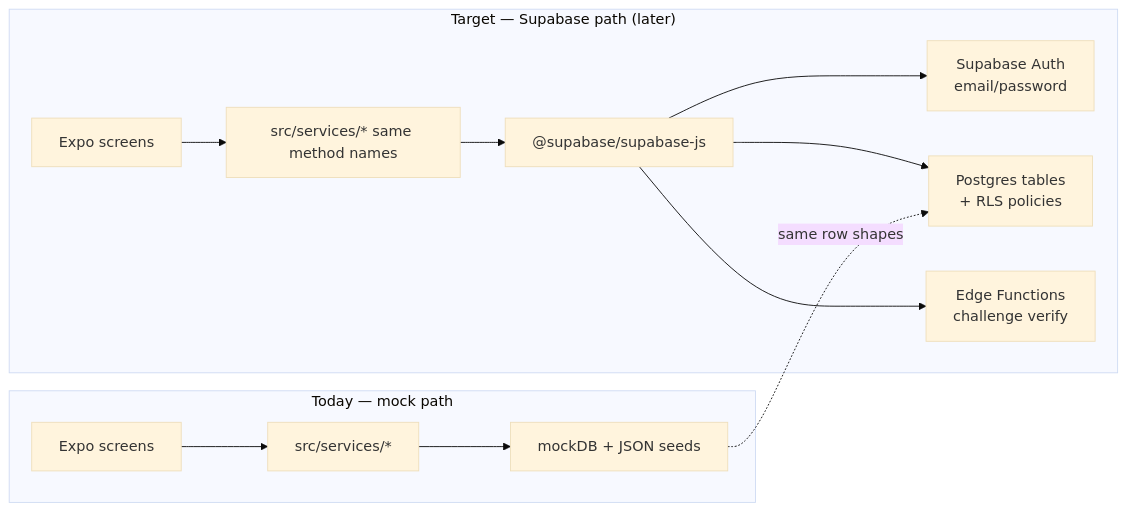
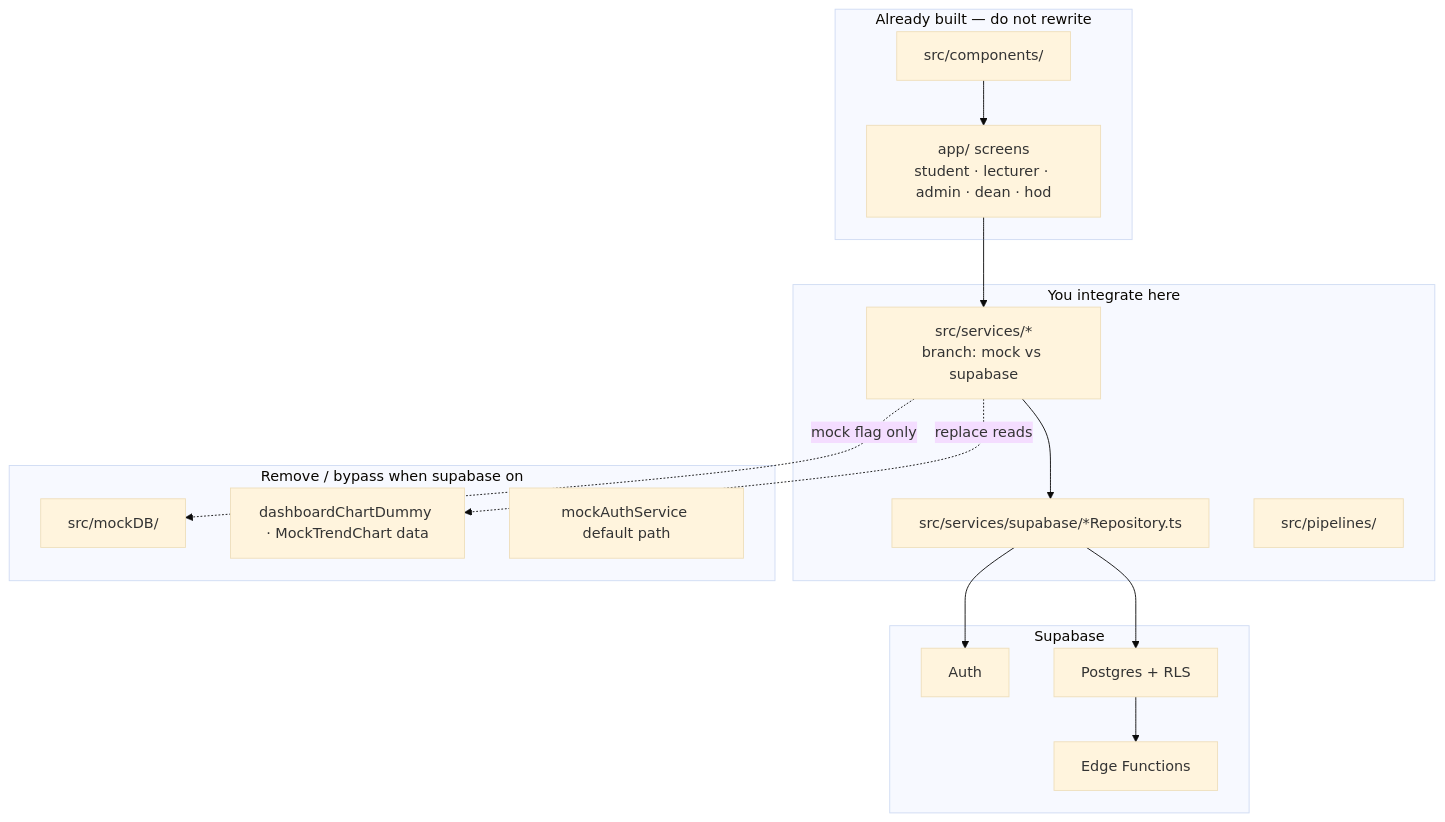
Before and after one commit to answer-mthombe/STARS_LITE: the first of 2 diagrams in SUPABASE_INTEGRATION.md, drawn with Mermaid (base theme). The commit also changed other lines of this file and 7 other files, not shown here.

````diff
--- a/SUPABASE_INTEGRATION.md
+++ b/SUPABASE_INTEGRATION.md
@@ -28,17 +31,34 @@
 ```mermaid
-flowchart LR
-  subgraph today["Today — mock path"]
-    UI1["Expo screens"] --> SVC1["src/services/*"]
-    SVC1 --> MDB["mockDB + JSON seeds"]
+flowchart TB
+  subgraph ui["Already built — do not rewrite"]
+    APP["app/ screens\nstudent · lecturer · admin · dean · hod"]
+    COMP["src/components/"]
   end
 
-  subgraph target["Target — Supabase path (later)"]
-    UI2["Expo screens"] --> SVC2["src/services/* same method names"]
-    SVC2 --> SB["@supabase/supabase-js"]
-    SB --> AUTH["Supabase Auth\nemail/password"]
-    SB --> PG["Postgres tables\n+ RLS policies"]
-    SB --> EDGE["Edge Functions\nchallenge verify"]
+  subgraph integrate["You integrate here"]
+    SVC["src/services/*\nbranch: mock vs supabase"]
+    REPO["src/services/supabase/*Repository.ts"]
+    PIPE["src/pipelines/"]
   end
 
-  MDB -.->|"same row shapes"| PG
+  subgraph remove["Remove / bypass when supabase on"]
+    MDB["src/mockDB/"]
+    DUM["dashboardChartDummy · MockTrendChart data"]
+    MAUTH["mockAuthService default path"]
+  end
+
+  subgraph live["Supabase"]
+    AUTH["Auth"]
+    PG["Postgres + RLS"]
+    EDGE["Edge Functions"]
+  end
+
+  APP --> SVC
+  COMP --> APP
+  SVC --> REPO
+  REPO --> AUTH
+  REPO --> PG
+  SVC -.->|mock flag only| MDB
+  SVC -.->|replace reads| DUM
+  PG --> EDGE
 ```
````
